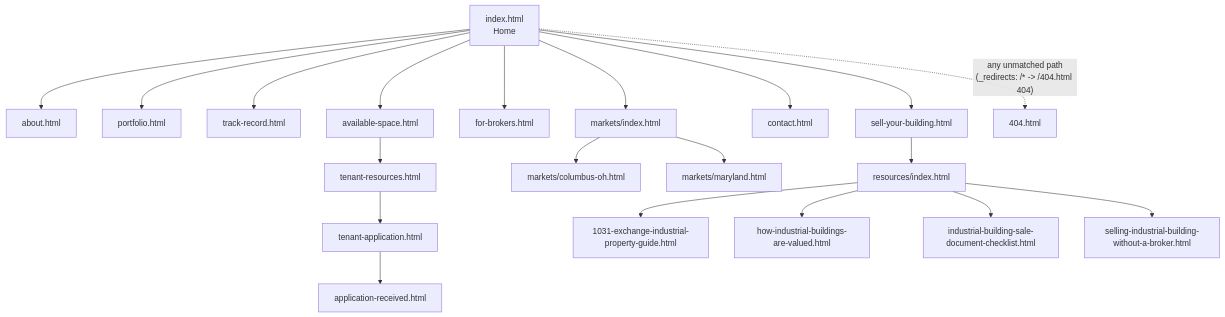
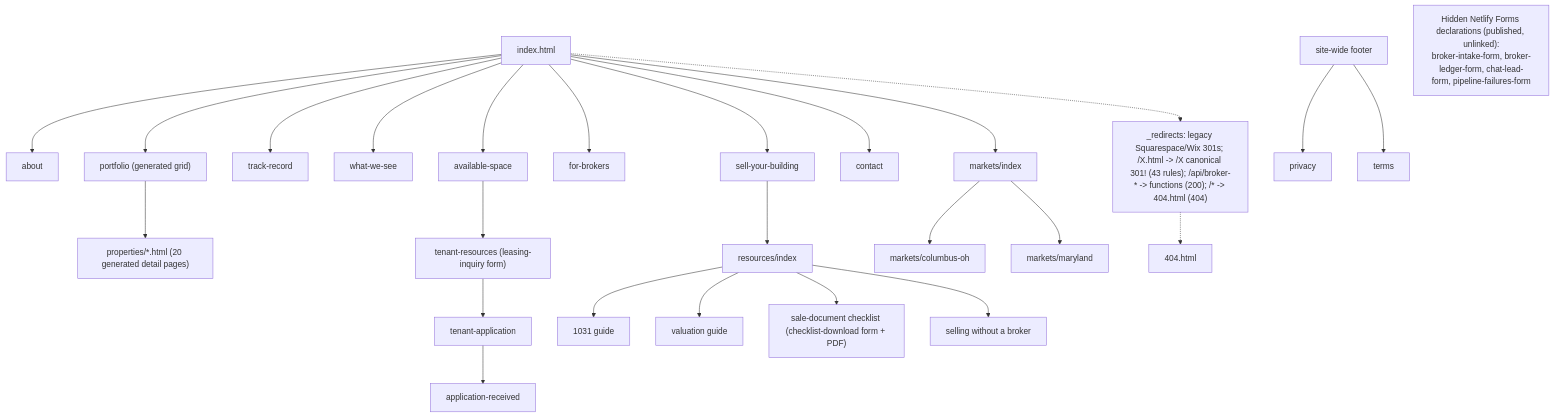
The second of 5 diagrams in README.md (ZeOoba/Website), drawn with Mermaid before and after one commit. The commit also changed other lines of this file, not shown here.

First line of the commit message:
docs(readme): phase 0 README and diagram refresh

````diff
--- a/README.md
+++ b/README.md
@@ -51,26 +65,15 @@
 ```mermaid
 flowchart TD
-    Home["index.html\nHome"] --> About["about.html"]
-    Home --> Portfolio["portfolio.html"]
-    Home --> TrackRecord["track-record.html"]
-    Home --> AvailSpace["available-space.html"]
-    Home --> ForBrokers["for-brokers.html"]
-    Home --> SellBuilding["sell-your-building.html"]
-    Home --> Contact["contact.html"]
-
-    AvailSpace --> TenantRes["tenant-resources.html"]
-    TenantRes --> TenantApp["tenant-application.html"]
-    TenantApp --> AppReceived["application-received.html"]
-
-    Home --> Markets["markets/index.html"]
-    Markets --> Columbus["markets/columbus-oh.html"]
-    Markets --> Maryland["markets/maryland.html"]
-
-    SellBuilding --> Resources["resources/index.html"]
-    Resources --> R1["1031-exchange-industrial-property-guide.html"]
-    Resources --> R2["how-industrial-buildings-are-valued.html"]
-    Resources --> R3["industrial-building-sale-document-checklist.html"]
-    Resources --> R4["selling-industrial-building-without-a-broker.html"]
-
-    Home -.->|"any unmatched path\n(_redirects: /* -> /404.html 404)"| NotFound["404.html"]
+  Home["index.html"] --> About["about"] & Portfolio["portfolio (generated grid)"] & Track["track-record"] & WWS["what-we-see"] & Avail["available-space"] & Brokers["for-brokers"] & Sell["sell-your-building"] & Contact["contact"] & Markets["markets/index"]
+  Portfolio --> Props["properties/*.html (20 generated detail pages)"]
+  Avail --> TenRes["tenant-resources (leasing-inquiry form)"]
+  TenRes --> TenApp["tenant-application"] --> Recv["application-received"]
+  Markets --> Col["markets/columbus-oh"] & MD["markets/maryland"]
+  Sell --> Res["resources/index"]
+  Res --> R1["1031 guide"] & R2["valuation guide"] & R3["sale-document checklist (checklist-download form + PDF)"] & R4["selling without a broker"]
+  Footer["site-wide footer"] --> Priv["privacy"] & Terms["terms"]
+  HiddenForms["Hidden Netlify Forms declarations (published, unlinked):\nbroker-intake-form, broker-ledger-form, chat-lead-form, pipeline-failures-form"]
+  Redirect["_redirects: legacy Squarespace/Wix 301s; /X.html -> /X canonical 301! (43 rules); /api/broker-* -> functions (200); /* -> 404.html (404)"]
+  Home -.-> Redirect
+  Redirect -.-> NF["404.html"]
 ```
````
